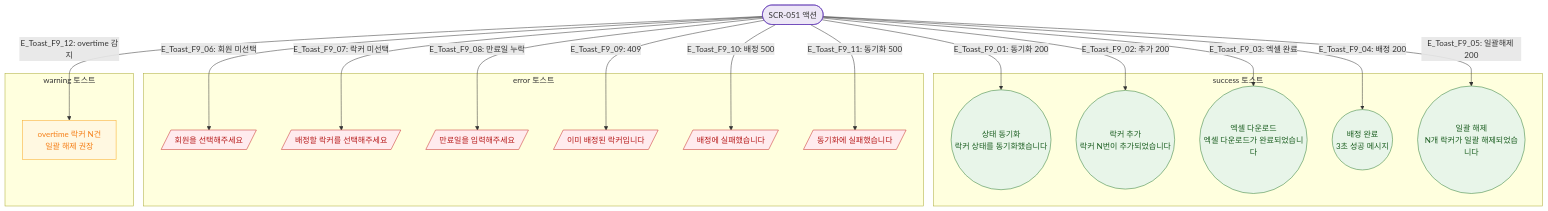
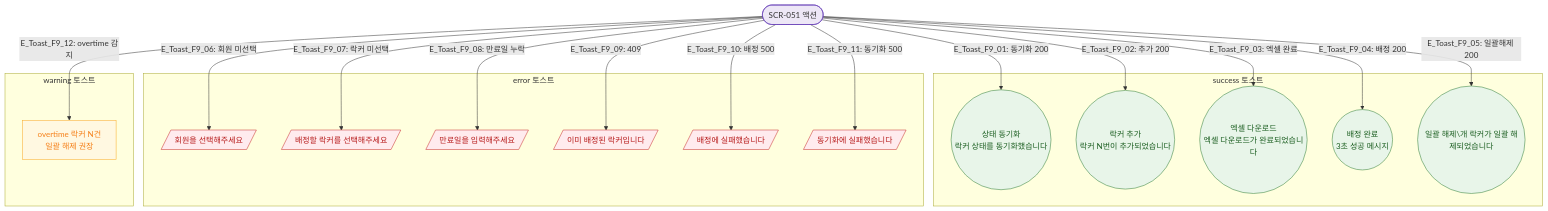
The diagram in docs/다이어그램/D06_시설관리/SCR-051_사물함배정관리/F9_토스트.md (dev-spogym/admin-pando), drawn with Mermaid before and after one commit. The commit also changed other lines of this file and 1660 other files, not shown here.

First line of the commit message:
다이어그램: 기획자/클라이언트 납품본으로 정리

````diff
--- a/docs/다이어그램/D06_시설관리/SCR-051_사물함배정관리/F9_토스트.md
+++ b/docs/다이어그램/D06_시설관리/SCR-051_사물함배정관리/F9_토스트.md
@@ -19,48 +17,48 @@
 ```mermaid
 flowchart TD
     Actions([SCR-051 액션])
 
     subgraph SuccessToasts["success 토스트"]
         T_S1((상태 동기화\n락커 상태를 동기화했습니다))
         T_S2((락커 추가\n락커 N번이 추가되었습니다))
         T_S3((엑셀 다운로드\n엑셀 다운로드가 완료되었습니다))
         T_S4((배정 완료\n3초 성공 메시지))
-        T_S5((일괄 해제\nN개 락커가 일괄 해제되었습니다))
+        T_S5((일괄 해제\개 락커가 일괄 해제되었습니다))
     end
 
     subgraph ErrorToasts["error 토스트"]
         T_E1[/회원을 선택해주세요/]
         T_E2[/배정할 락커를 선택해주세요/]
         T_E3[/만료일을 입력해주세요/]
         T_E4[/이미 배정된 락커입니다/]
         T_E5[/배정에 실패했습니다/]
         T_E6[/동기화에 실패했습니다/]
     end
 
     subgraph WarnToasts["warning 토스트"]
         T_W1[overtime 락커 N건\n일괄 해제 권장]
     end
 
-    Actions -->|"E_Toast_F9_01: 동기화 200"| T_S1
-    Actions -->|"E_Toast_F9_02: 추가 200"| T_S2
-    Actions -->|"E_Toast_F9_03: 엑셀 완료"| T_S3
-    Actions -->|"E_Toast_F9_04: 배정 200"| T_S4
-    Actions -->|"E_Toast_F9_05: 일괄해제 200"| T_S5
-    Actions -->|"E_Toast_F9_06: 회원 미선택"| T_E1
-    Actions -->|"E_Toast_F9_07: 락커 미선택"| T_E2
-    Actions -->|"E_Toast_F9_08: 만료일 누락"| T_E3
-    Actions -->|"E_Toast_F9_09: 409"| T_E4
-    Actions -->|"E_Toast_F9_10: 배정 500"| T_E5
-    Actions -->|"E_Toast_F9_11: 동기화 500"| T_E6
-    Actions -->|"E_Toast_F9_12: overtime 감지"| T_W1
+    Actions -->|"E_Toast_F9_01: 동기화 200"|T_S1
+    Actions -->|"E_Toast_F9_02: 추가 200"|T_S2
+    Actions -->|"E_Toast_F9_03: 엑셀 완료"|T_S3
+    Actions -->|"E_Toast_F9_04: 배정 200"|T_S4
+    Actions -->|"E_Toast_F9_05: 일괄해제 200"|T_S5
+    Actions -->|"E_Toast_F9_06: 회원 미선택"|T_E1
+    Actions -->|"E_Toast_F9_07: 락커 미선택"|T_E2
+    Actions -->|"E_Toast_F9_08: 만료일 누락"|T_E3
+    Actions -->|"E_Toast_F9_09: 409"|T_E4
+    Actions -->|"E_Toast_F9_10: 배정 500"|T_E5
+    Actions -->|"E_Toast_F9_11: 동기화 500"|T_E6
+    Actions -->|"E_Toast_F9_12: overtime 감지"|T_W1
 
     classDef success fill:#E8F5E9,stroke:#2E7D32,color:#1B5E20
     classDef error fill:#FFEBEE,stroke:#C62828,color:#B71C1C
     classDef warning fill:#FFF8E1,stroke:#F9A825,color:#F57F17
     classDef system fill:#EDE7F6,stroke:#5E35B2
 
     class T_S1,T_S2,T_S3,T_S4,T_S5 success
     class T_E1,T_E2,T_E3,T_E4,T_E5,T_E6 error
     class T_W1 warning
     class Actions system
 ```
````
